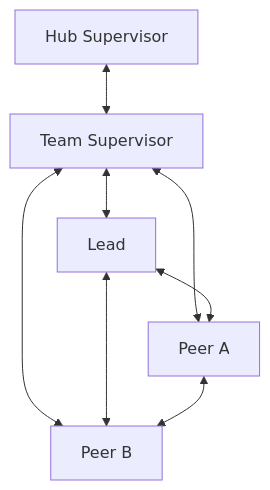
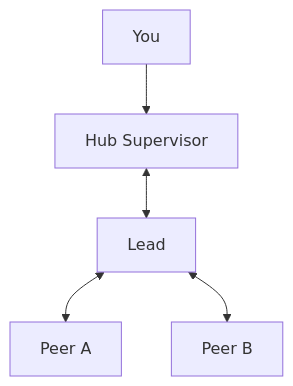
The first of 2 diagrams in site/src/content/docs/guides/supervised-teams.md (ReinaMacCredy/maestro), drawn with Mermaid before and after one commit. The commit also changed other lines of this file and 21 other files, not shown here.

````diff
--- a/site/src/content/docs/guides/supervised-teams.md
+++ b/site/src/content/docs/guides/supervised-teams.md
@@ -15,10 +23,7 @@
 ```mermaid
 flowchart TB
-  Hub["Hub Supervisor"] <--> Team["Team Supervisor"]
-  Team <--> Lead["Lead"]
-  Team <--> PeerA["Peer A"]
-  Team <--> PeerB["Peer B"]
-  Lead <--> PeerA
-  Lead <--> PeerB
-  PeerA <--> PeerB
+  Owner["You"] --> Hub["Hub Supervisor"]
+  Hub <--> Lead["Lead"]
+  Lead <--> PeerA["Peer A"]
+  Lead <--> PeerB["Peer B"]
 ```
````
